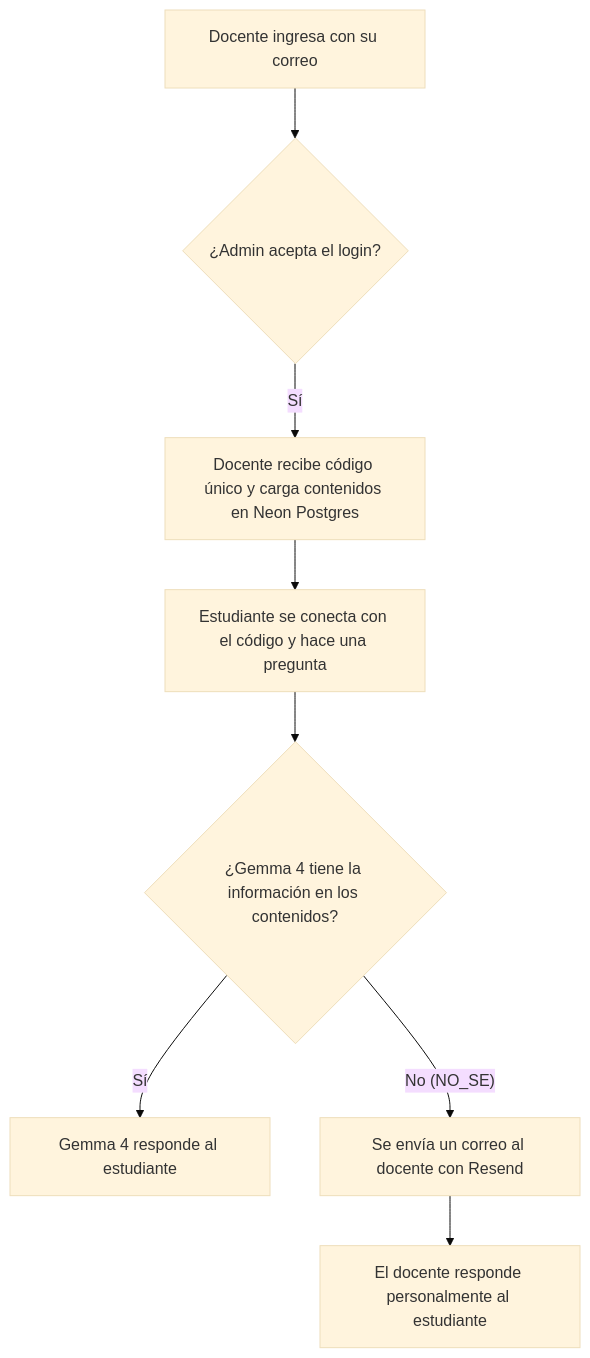
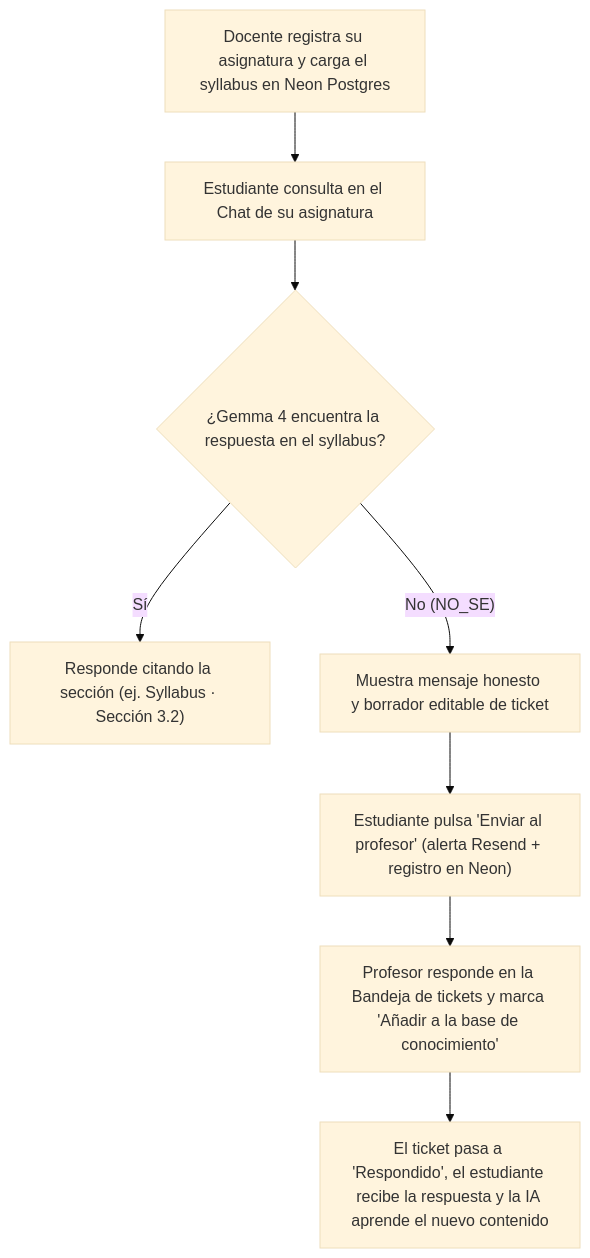
Before and after one commit to jugotoptea-a11y/L-earn-S-tudent-D-iary: the diagram in README.md, drawn with Mermaid (base theme). The commit also changed other lines of this file and 8 other files, not shown here.

````diff
--- a/README.md
+++ b/README.md
@@ -61,10 +79,10 @@
 ```mermaid
 flowchart TD
-    D[Docente ingresa con su correo] --> P{¿Admin acepta el login?}
-    P -- Sí --> K[Docente recibe código único y carga contenidos en Neon Postgres]
-    K --> A[Estudiante se conecta con el código y hace una pregunta]
-    A --> B{¿Gemma 4 tiene la información en los contenidos?}
-    B -- Sí --> C[Gemma 4 responde al estudiante]
-    B -- "No (NO_SE)" --> E[Se envía un correo al docente con Resend]
-    E --> F[El docente responde personalmente al estudiante]
+    D["Docente registra su asignatura y carga el syllabus en Neon Postgres"] --> A["Estudiante consulta en el Chat de su asignatura"]
+    A --> B{"¿Gemma 4 encuentra la respuesta en el syllabus?"}
+    B -- "Sí" --> C["Responde citando la sección (ej. Syllabus · Sección 3.2)"]
+    B -- "No (NO_SE)" --> T["Muestra mensaje honesto y borrador editable de ticket"]
+    T --> E["Estudiante pulsa 'Enviar al profesor' (alerta Resend + registro en Neon)"]
+    E --> F["Profesor responde en la Bandeja de tickets y marca 'Añadir a la base de conocimiento'"]
+    F --> G["El ticket pasa a 'Respondido', el estudiante recibe la respuesta y la IA aprende el nuevo contenido"]
 ```
````
